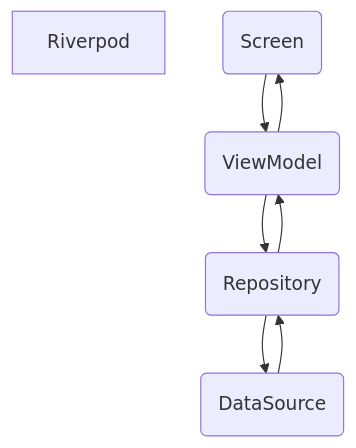
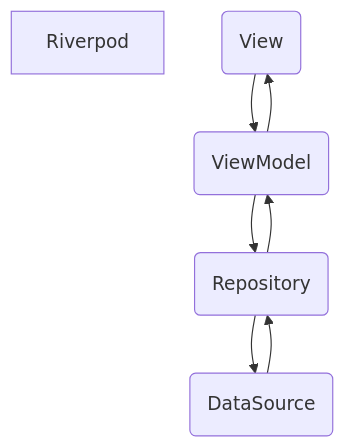
One commit to iseruuuuu/flutter_yumemi_training_app changed the first of 2 diagrams in ARCHITECTURE.md. Above: the diagram before and after it, drawn with Mermaid. The commit also changed other lines of this file, not shown here.

Commit message:
fix: ARCHITECTURE.mdにおいて、View→Screenの修正・アーキテクチャの説明の記載の修正を行いました

````diff
--- a/ARCHITECTURE.md
+++ b/ARCHITECTURE.md
@@ -5,15 +5,15 @@
 ```mermaid
 flowchart TB
 Riverpod
 
-Screen(Screen)
+View(View)
 ViewModel(ViewModel)
 Repository(Repository)
 DataSource(DataSource)
-Screen --> ViewModel
-ViewModel --> Screen
+View --> ViewModel
+ViewModel --> View
 Repository --> ViewModel
 ViewModel --> Repository
 Repository --> DataSource
 DataSource --> Repository
 ```
````
